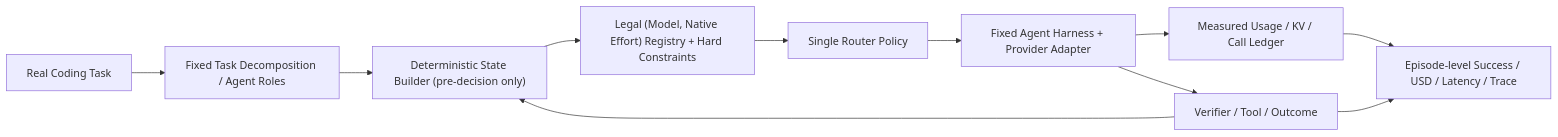
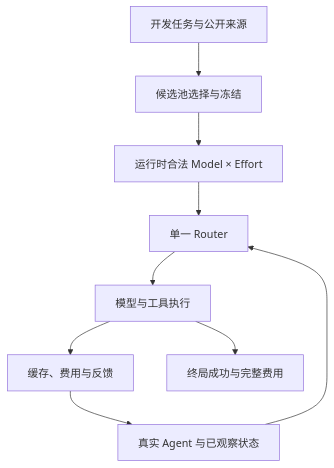
Before and after one commit to sxyq/modelrouter: the diagram in 汇报/汇报三/ModelRouter论文实验与图表规划.md, drawn with Mermaid. The commit also changed other lines of this file and 6 other files, not shown here.

Commit message:
docs: revise paper RQs around model pools and Agent Pareto frontiers (V5)

````diff
--- a/汇报/汇报三/ModelRouter论文实验与图表规划.md
+++ b/汇报/汇报三/ModelRouter论文实验与图表规划.md
@@ -51,13 +68,11 @@
 ```mermaid
-flowchart LR
-  T["Real Coding Task"] --> D["Fixed Task Decomposition / Agent Roles"]
-  D --> S["Deterministic State Builder (pre-decision only)"]
-  S --> R["Legal (Model, Native Effort) Registry + Hard Constraints"]
-  R --> P["Single Router Policy"]
-  P --> H["Fixed Agent Harness + Provider Adapter"]
-  H --> E["Verifier / Tool / Outcome"]
-  H --> U["Measured Usage / KV / Call Ledger"]
-  E --> S
-  U --> L["Episode-level Success / USD / Latency / Trace"]
-  E --> L
+flowchart TD
+  DEV["开发任务与公开来源"] --> POOL["候选池选择与冻结"]
+  POOL --> LEGAL["运行时合法 Model × Effort"]
+  TASK["真实 Agent 与已观察状态"] --> ROUTER["单一 Router"]
+  LEGAL --> ROUTER
+  ROUTER --> EXEC["模型与工具执行"]
+  EXEC --> FB["缓存、费用与反馈"]
+  FB --> TASK
+  EXEC --> RESULT["终局成功与完整费用"]
 ```
````
